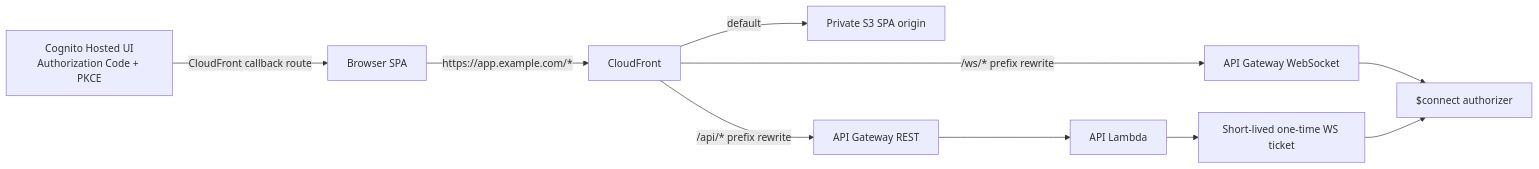
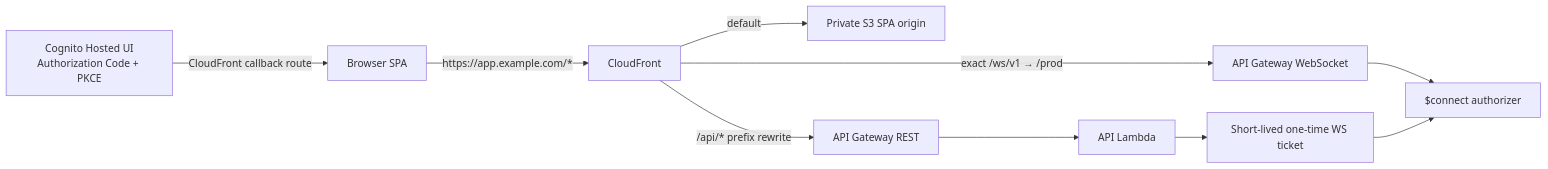
The diagram in docs/3_設計_DES/01_高レベル設計_HLD/DES_HLD_002.md (tsuji-tomonori/rag-assist), drawn with Mermaid before and after one commit. The commit also changed other lines of this file and 66 other files, not shown here.

````diff
--- a/docs/3_設計_DES/01_高レベル設計_HLD/DES_HLD_002.md
+++ b/docs/3_設計_DES/01_高レベル設計_HLD/DES_HLD_002.md
@@ -18,12 +18,12 @@
 ```mermaid
 flowchart LR
   Browser[Browser SPA] -->|https://app.example.com/*| CF[CloudFront]
   CF -->|default| S3[Private S3 SPA origin]
   CF -->|/api/* prefix rewrite| REST[API Gateway REST]
-  CF -->|/ws/* prefix rewrite| WS[API Gateway WebSocket]
+  CF -->|exact /ws/v1 → /prod| WS[API Gateway WebSocket]
   REST --> API[API Lambda]
   WS --> CONNECT[$connect authorizer]
   API --> Ticket[Short-lived one-time WS ticket]
   Ticket --> CONNECT
   Hosted[Cognito Hosted UI<br/>Authorization Code + PKCE] -->|CloudFront callback route| Browser
 ```
````
